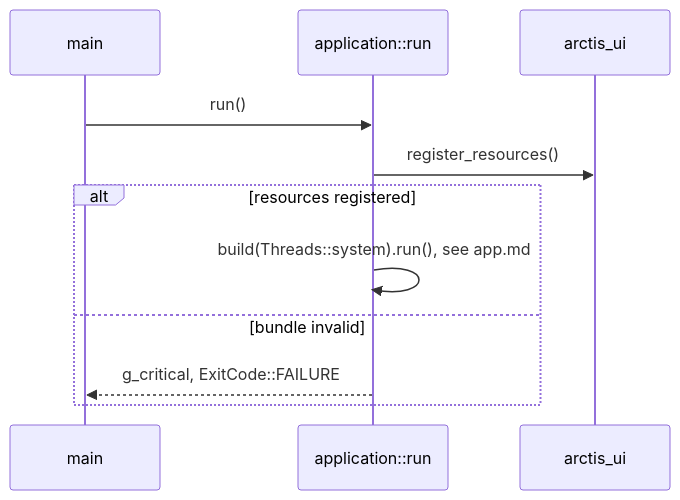
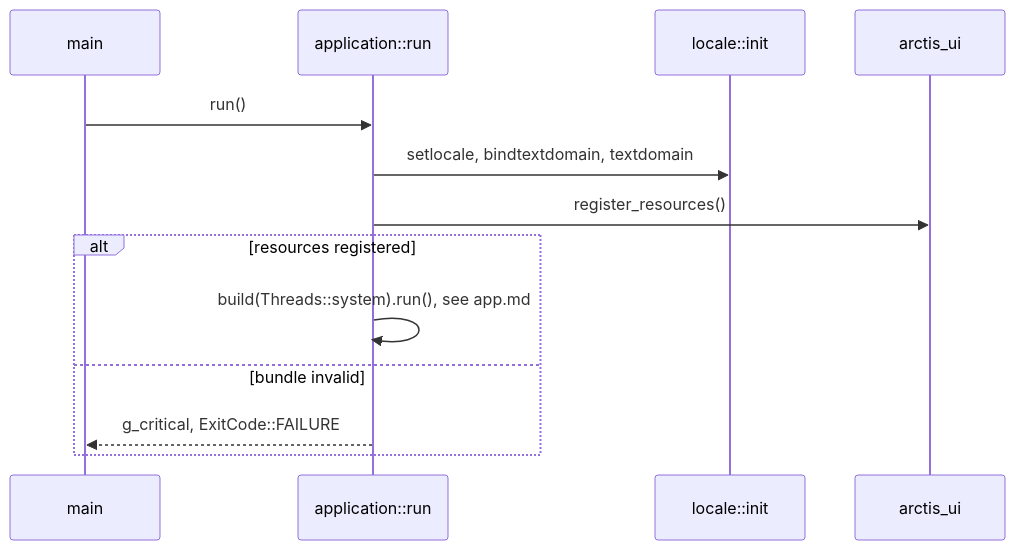
One commit to marcelogm/arctis-companion changed the second of 3 diagrams in docs/architecture/README.md. Above: the diagram before and after it, drawn with Mermaid. The commit also changed other lines of this file and 2 other files, not shown here.

Commit message:
docs(architecture): add the packaging, translations and release page

````diff
--- a/docs/architecture/README.md
+++ b/docs/architecture/README.md
@@ -48,13 +49,15 @@
 ```mermaid
 sequenceDiagram
     participant M as main
     participant A as application::run
+    participant L as locale::init
     participant U as arctis_ui
     M->>A: run()
+    A->>L: setlocale, bindtextdomain, textdomain
     A->>U: register_resources()
     alt resources registered
         A->>A: build(Threads::system).run(), see app.md
     else bundle invalid
         A-->>M: g_critical, ExitCode::FAILURE
     end
 ```
````
